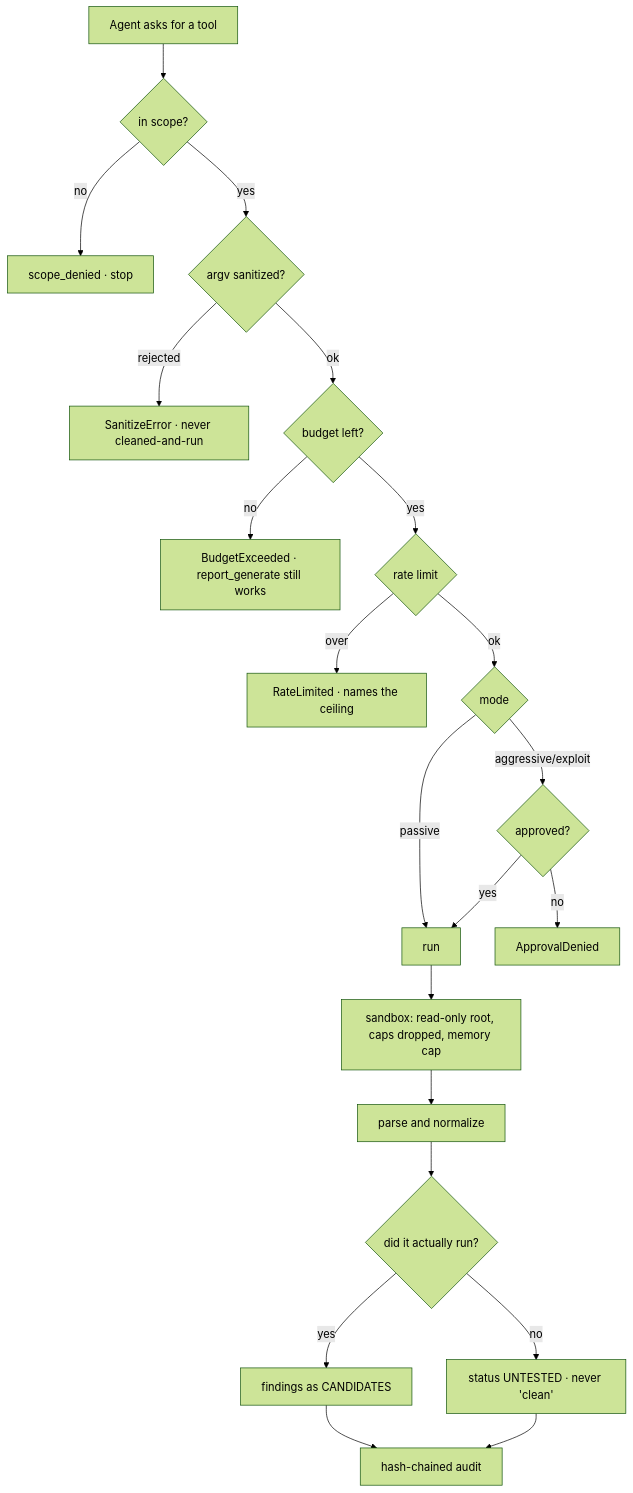
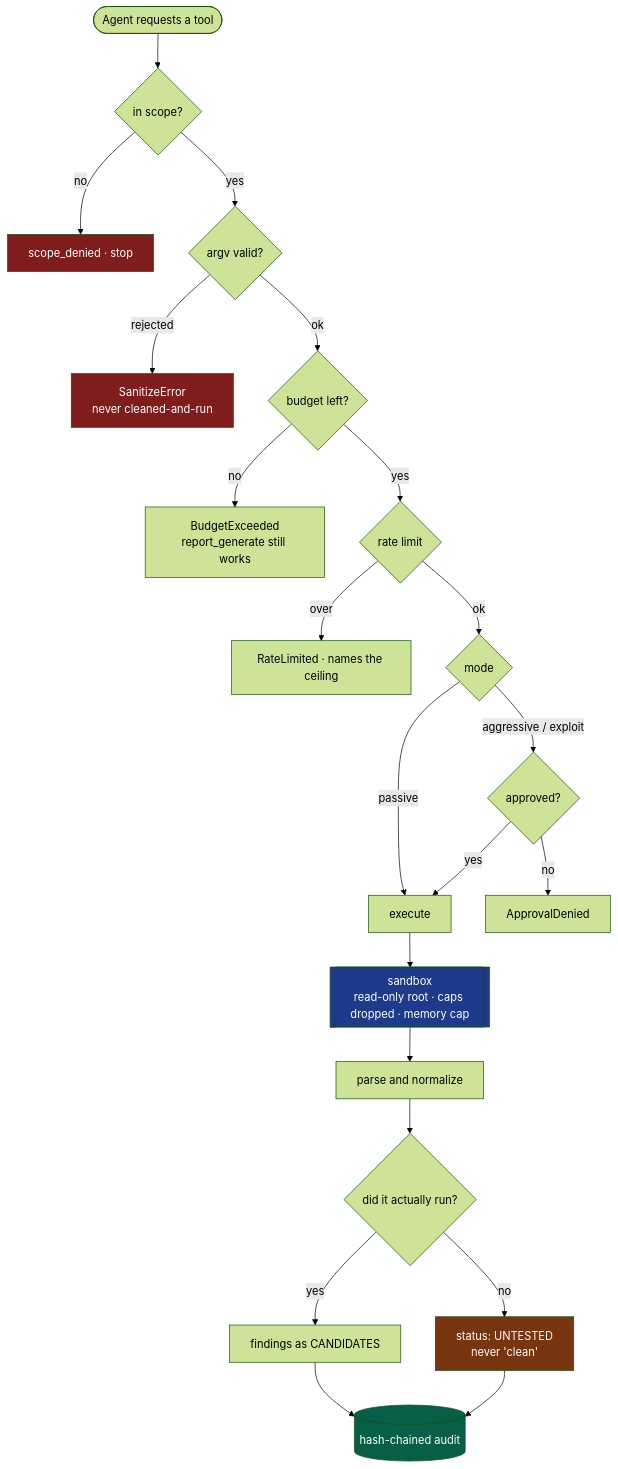
The third of 4 diagrams in README.md (iamsecure1920/Cordon-AI), drawn with Mermaid (forest theme) before and after one commit. The commit also changed other lines of this file and 1 other file, not shown here.

````diff
--- a/README.md
+++ b/README.md
@@ -82,23 +140,28 @@
 ```mermaid
 flowchart TD
-    A[Agent asks for a tool] --> B{in scope?}
+    A([Agent requests a tool]) --> B{in scope?}
     B -- no --> X1[scope_denied · stop]
-    B -- yes --> C{argv sanitized?}
-    C -- rejected --> X2[SanitizeError · never cleaned-and-run]
+    B -- yes --> C{argv valid?}
+    C -- rejected --> X2[SanitizeError<br/>never cleaned-and-run]
     C -- ok --> D{budget left?}
-    D -- no --> X3[BudgetExceeded · report_generate still works]
+    D -- no --> X3[BudgetExceeded<br/>report_generate still works]
     D -- yes --> E{rate limit}
     E -- over --> X4[RateLimited · names the ceiling]
     E -- ok --> F{mode}
-    F -- passive --> H[run]
-    F -- aggressive/exploit --> G{approved?}
+    F -- passive --> H[execute]
+    F -- aggressive / exploit --> G{approved?}
     G -- no --> X5[ApprovalDenied]
     G -- yes --> H
-    H --> I[sandbox: read-only root, caps dropped, memory cap]
+    H --> I[[sandbox<br/>read-only root · caps dropped · memory cap]]
     I --> J[parse and normalize]
     J --> K{did it actually run?}
-    K -- no --> L[status UNTESTED · never 'clean']
+    K -- no --> L[status: UNTESTED<br/>never 'clean']
     K -- yes --> M[findings as CANDIDATES]
-    M --> N[hash-chained audit]
+    M --> N[(hash-chained audit)]
     L --> N
+    style X1 fill:#7f1d1d,color:#fff
+    style X2 fill:#7f1d1d,color:#fff
+    style L fill:#78350f,color:#fff
+    style I fill:#1e3a8a,color:#fff
+    style N fill:#065f46,color:#fff
 ```
````
